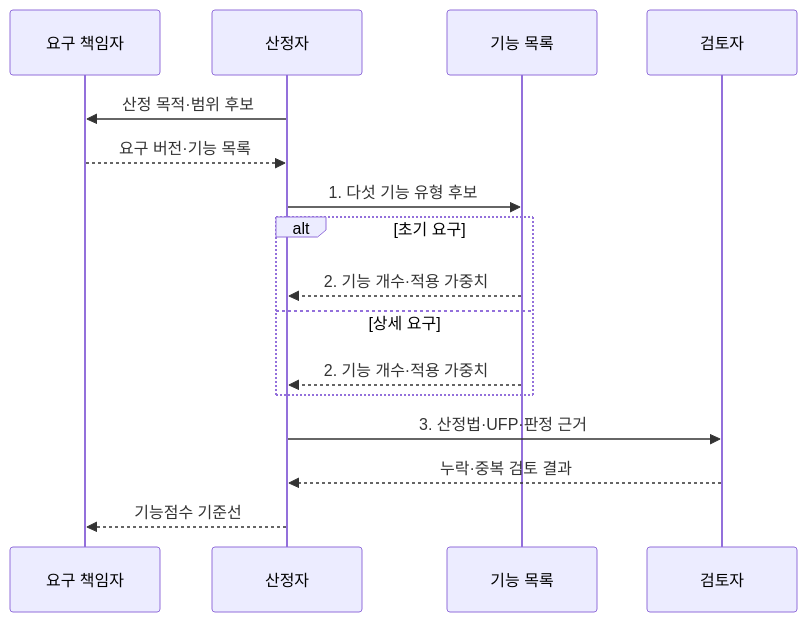
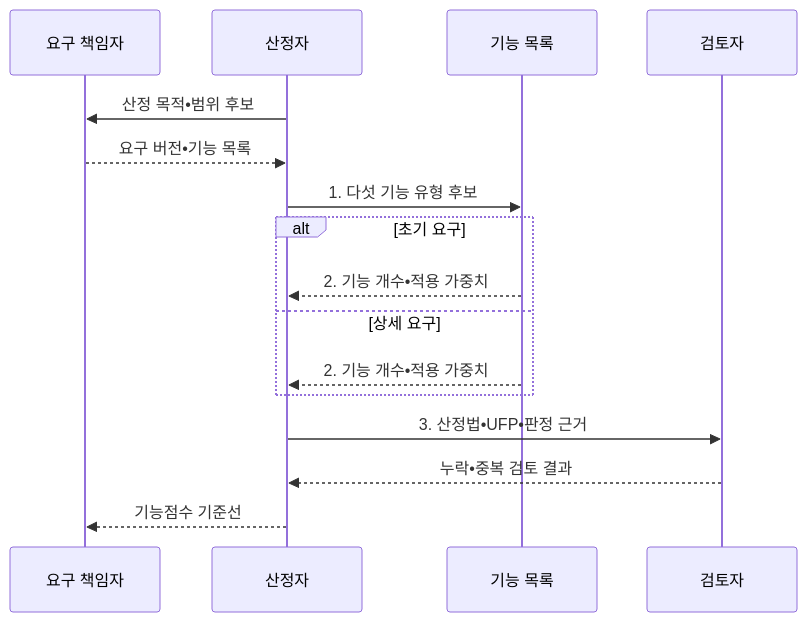
One commit to agnusdei1207/knowledge-base changed the second of 2 diagrams in src/content/docs/notes/03-software/074_fp_estimation_method.md. Above: the diagram before and after it, drawn with Mermaid. The commit also changed other lines of this file and 953 other files, not shown here.

````diff
--- a/src/content/docs/notes/03-software/074_fp_estimation_method.md
+++ b/src/content/docs/notes/03-software/074_fp_estimation_method.md
@@ -102,18 +102,18 @@
 ```mermaid
 sequenceDiagram
     participant U as 요구 책임자
     participant O as 산정자
     participant F as 기능 목록
     participant R as 검토자
-    O->>U: 산정 목적·범위 후보
-    U-->>O: 요구 버전·기능 목록
+    O->>U: 산정 목적•범위 후보
+    U-->>O: 요구 버전•기능 목록
     O->>F: 1. 다섯 기능 유형 후보
     alt 초기 요구
-        F-->>O: 2. 기능 개수·적용 가중치
+        F-->>O: 2. 기능 개수•적용 가중치
     else 상세 요구
-        F-->>O: 2. 기능 개수·적용 가중치
+        F-->>O: 2. 기능 개수•적용 가중치
     end
-    O->>R: 3. 산정법·UFP·판정 근거
-    R-->>O: 누락·중복 검토 결과
+    O->>R: 3. 산정법•UFP•판정 근거
+    R-->>O: 누락•중복 검토 결과
     O-->>U: 기능점수 기준선
 ```
````
